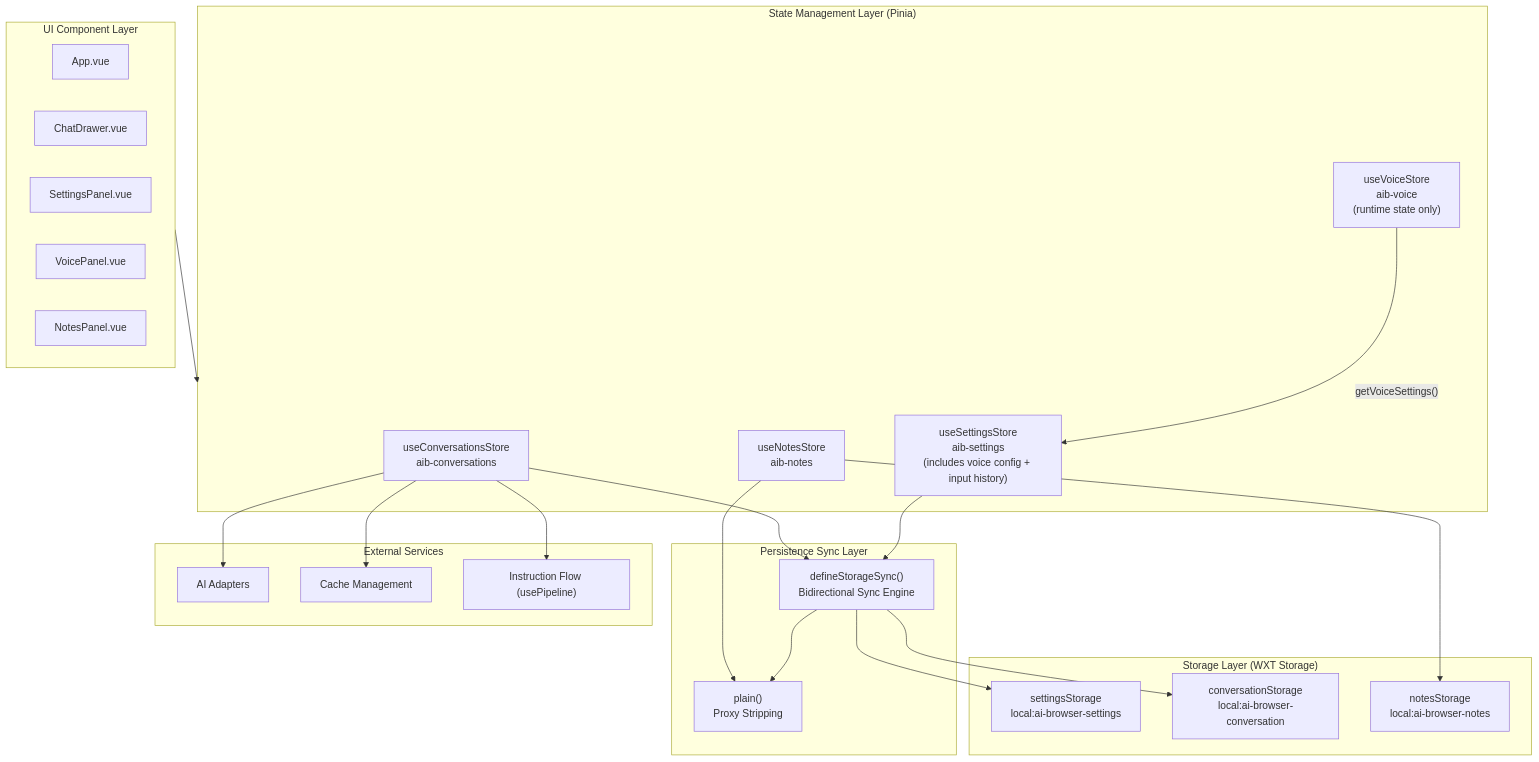
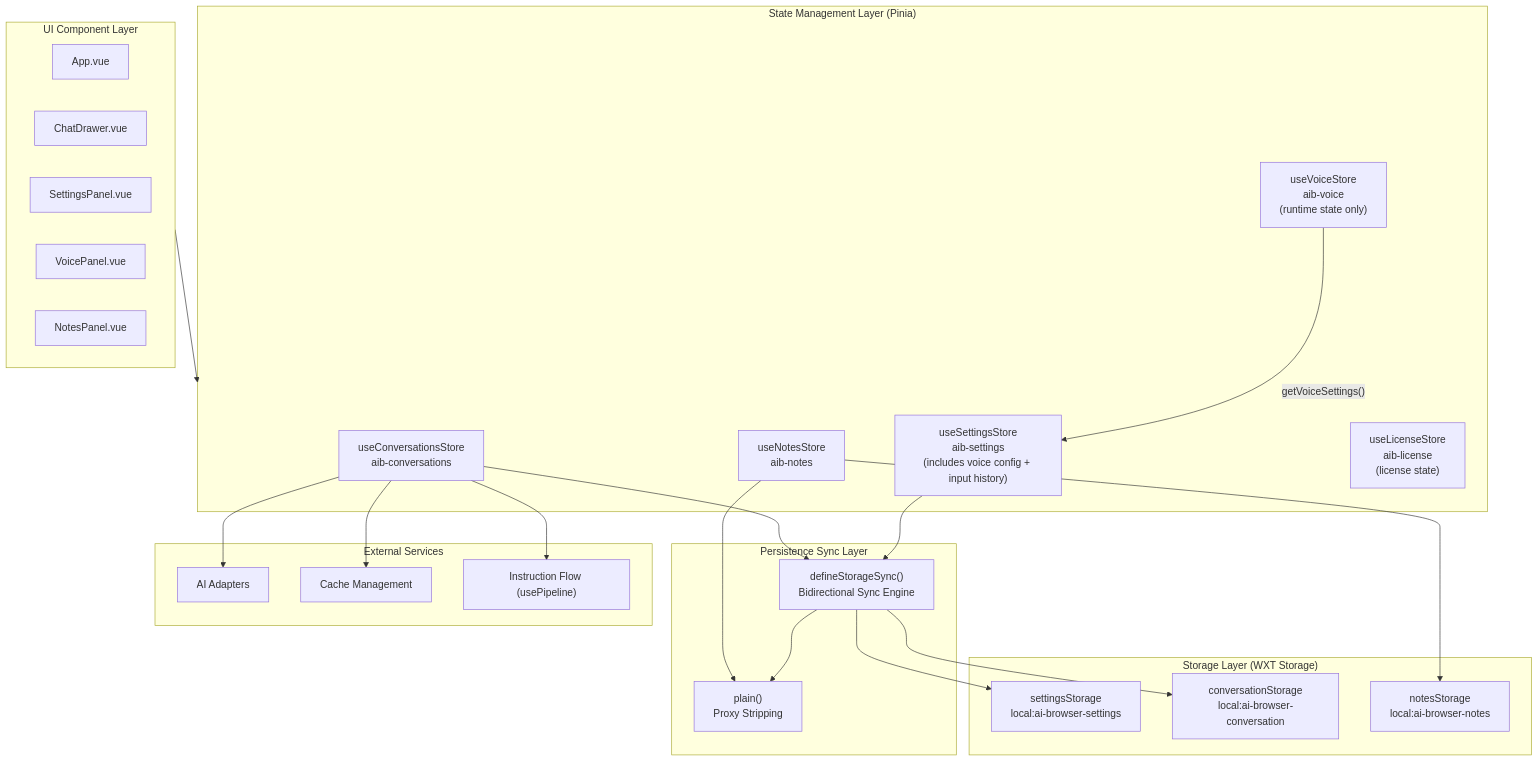
Before and after one commit to zw123zw/ai-browser: the first of 10 diagrams in docs/architecture/state-management-en.md, drawn with Mermaid. The commit also changed other lines of this file and 10 other files, not shown here.

````diff
--- a/docs/architecture/state-management-en.md
+++ b/docs/architecture/state-management-en.md
@@ -41,47 +42,48 @@
 ```mermaid
 graph TB
     subgraph UI["UI Component Layer"]
         App[App.vue]
         Chat[ChatDrawer.vue]
         Settings[SettingsPanel.vue]
         Voice[VoicePanel.vue]
         Notes[NotesPanel.vue]
     end
 
     subgraph Stores["State Management Layer (Pinia)"]
         SS["useSettingsStore<br/>aib-settings<br/>(includes voice config + input history)"]
         CS["useConversationsStore<br/>aib-conversations"]
         NS["useNotesStore<br/>aib-notes"]
         VS["useVoiceStore<br/>aib-voice<br/>(runtime state only)"]
+        LS["useLicenseStore<br/>aib-license<br/>(license state)"]
     end
 
     subgraph Sync["Persistence Sync Layer"]
         DSS["defineStorageSync()<br/>Bidirectional Sync Engine"]
         PL["plain()<br/>Proxy Stripping"]
     end
 
     subgraph Storage["Storage Layer (WXT Storage)"]
         STG_S["settingsStorage<br/>local:ai-browser-settings"]
         STG_C["conversationStorage<br/>local:ai-browser-conversation"]
         STG_N["notesStorage<br/>local:ai-browser-notes"]
     end
 
     subgraph External["External Services"]
         Adapter["AI Adapters"]
         Cache["Cache Management"]
         Pipeline["Instruction Flow (usePipeline)"]
     end
 
     UI --> Stores
     SS --> DSS
     CS --> DSS
     DSS --> PL
     DSS --> STG_S
     DSS --> STG_C
     NS --> PL
     NS --> STG_N
     CS --> Adapter
     CS --> Cache
     CS --> Pipeline
     VS -->|"getVoiceSettings()"| SS
 ```
````
